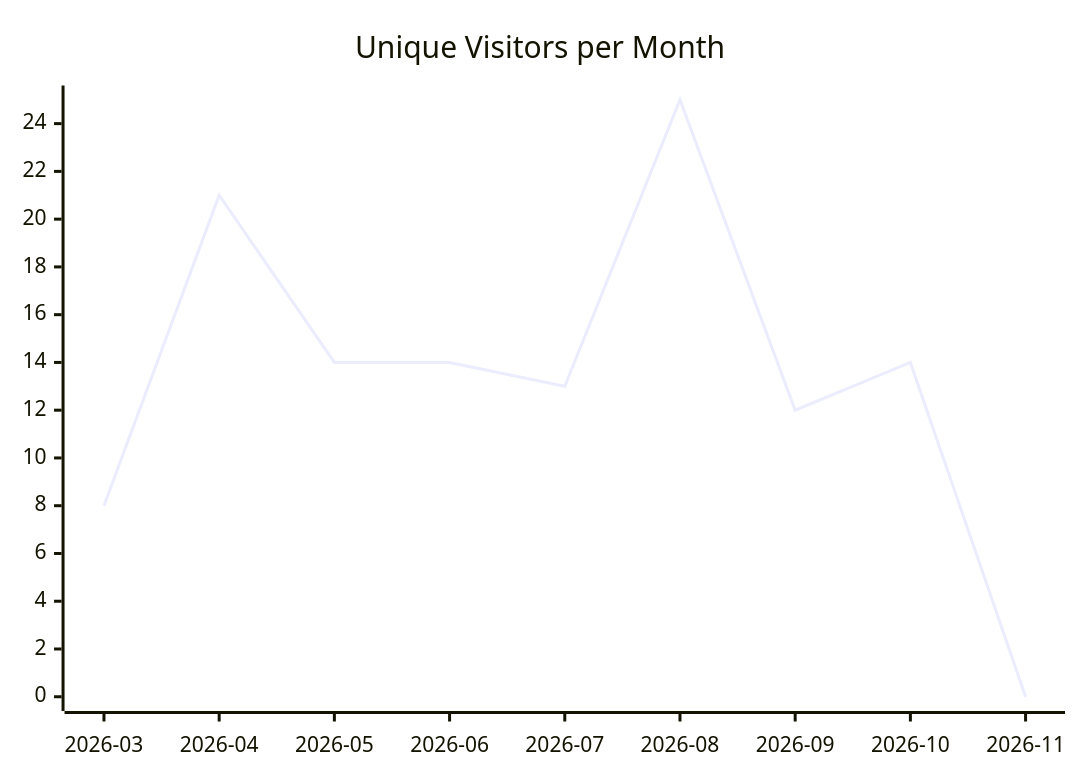
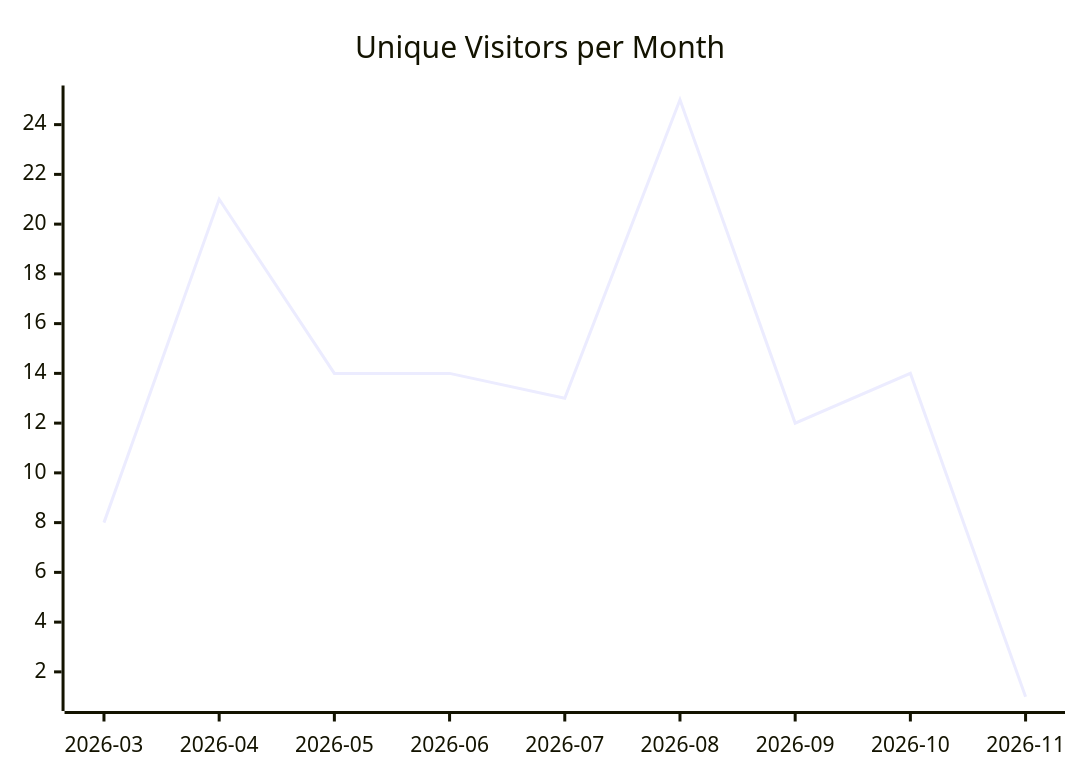
Before and after one commit to justdavis-family/github-analytics-data: the first of 3 diagrams in karlmdavis/ksoap2-android/README.md, drawn with Mermaid. The commit also changed other lines of this file and 188 other files, not shown here.

````diff
--- a/karlmdavis/ksoap2-android/README.md
+++ b/karlmdavis/ksoap2-android/README.md
@@ -5,6 +5,6 @@
 ```mermaid
 xychart-beta
   title "Unique Visitors per Month"
   x-axis ["2026-03", "2026-04", "2026-05", "2026-06", "2026-07", "2026-08", "2026-09", "2026-10", "2026-11"]
-  line [8, 21, 14, 14, 13, 25, 12, 14, 0]
+  line [8, 21, 14, 14, 13, 25, 12, 14, 1]
 ```
````
